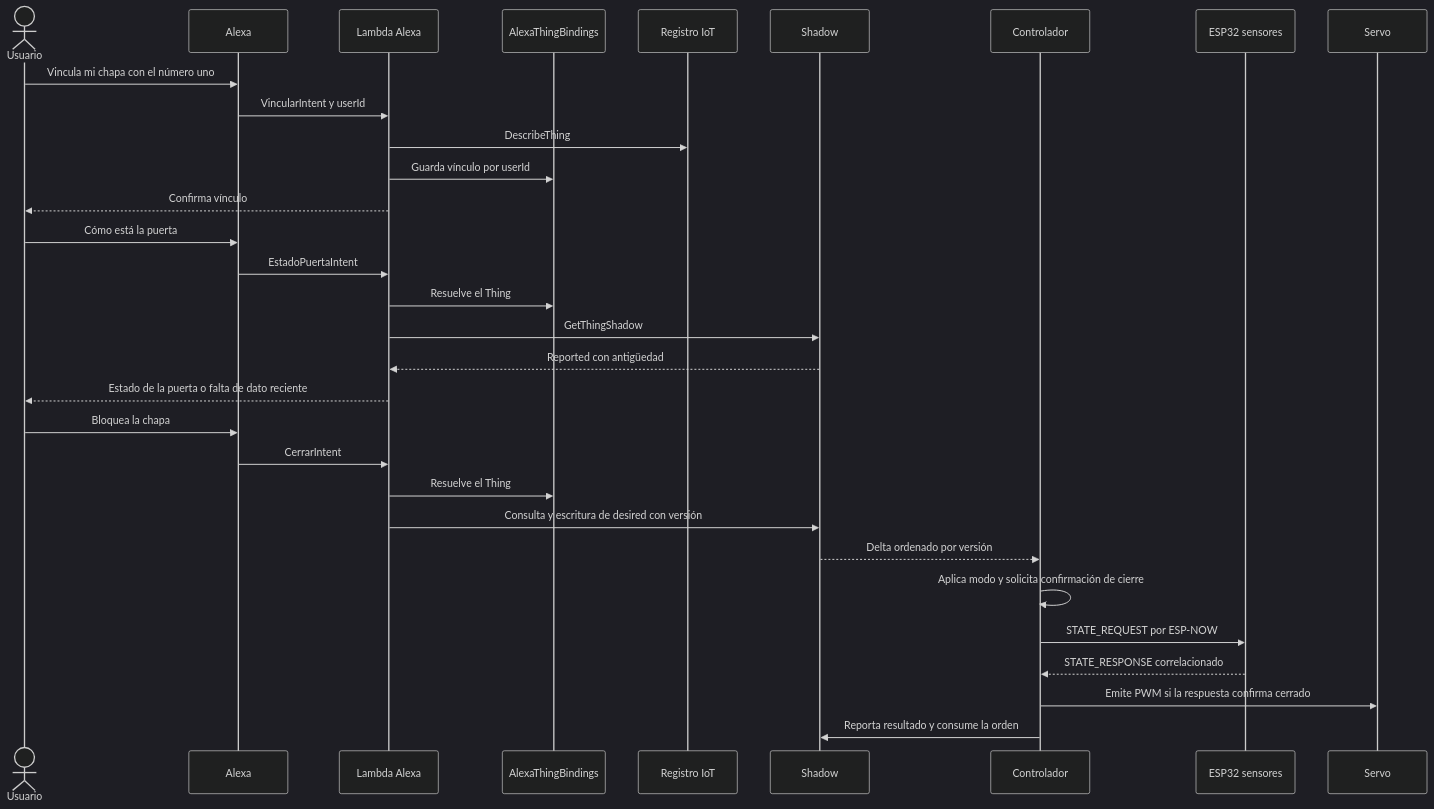
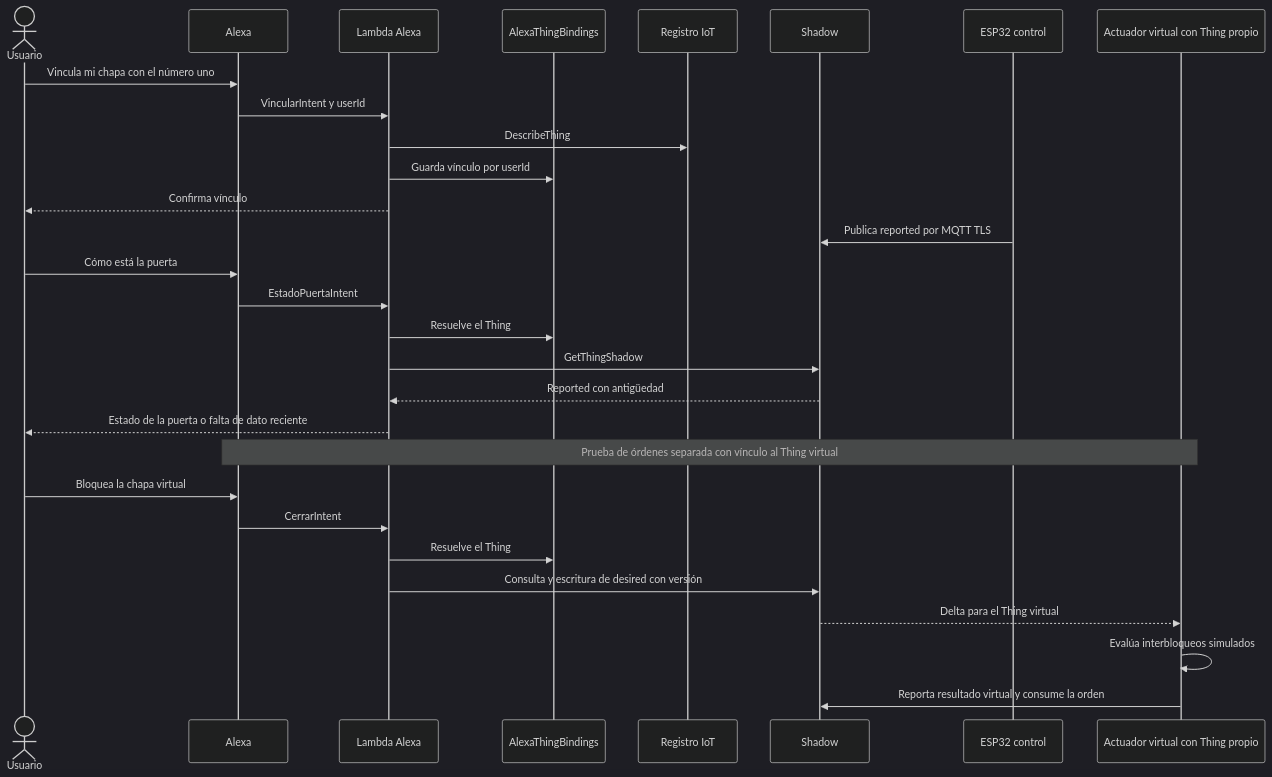
Before and after one commit to feliLuis/practica4PuertaInteligente: the fifth of 8 diagrams in docs/Practica-4.md, drawn with Mermaid (dark theme). The commit also changed other lines of this file and 11 other files, not shown here.

```diff
--- a/docs/Practica-4.md
+++ b/docs/Practica-4.md
@@ -173,34 +172,32 @@
 ~~~mermaid
 sequenceDiagram
     actor U as Usuario
     participant A as Alexa
     participant L as Lambda Alexa
     participant D as AlexaThingBindings
     participant I as Registro IoT
     participant S as Shadow
-    participant C as Controlador
-    participant N as ESP32 sensores
-    participant M as Servo
+    participant C as ESP32 control
+    participant V as Actuador virtual con Thing propio
 
     U->>A: Vincula mi chapa con el número uno
     A->>L: VincularIntent y userId
     L->>I: DescribeThing
     L->>D: Guarda vínculo por userId
     L-->>U: Confirma vínculo
+    C->>S: Publica reported por MQTT TLS
     U->>A: Cómo está la puerta
     A->>L: EstadoPuertaIntent
     L->>D: Resuelve el Thing
     L->>S: GetThingShadow
     S-->>L: Reported con antigüedad
     L-->>U: Estado de la puerta o falta de dato reciente
-    U->>A: Bloquea la chapa
+    Note over A,V: Prueba de órdenes separada con vínculo al Thing virtual
+    U->>A: Bloquea la chapa virtual
     A->>L: CerrarIntent
     L->>D: Resuelve el Thing
     L->>S: Consulta y escritura de desired con versión
-    S-->>C: Delta ordenado por versión
-    C->>C: Aplica modo y solicita confirmación de cierre
-    C->>N: STATE_REQUEST por ESP-NOW
-    N-->>C: STATE_RESPONSE correlacionado
-    C->>M: Emite PWM si la respuesta confirma cerrado
-    C->>S: Reporta resultado y consume la orden
+    S-->>V: Delta para el Thing virtual
+    V->>V: Evalúa interbloqueos simulados
+    V->>S: Reporta resultado virtual y consume la orden
 ~~~
```
